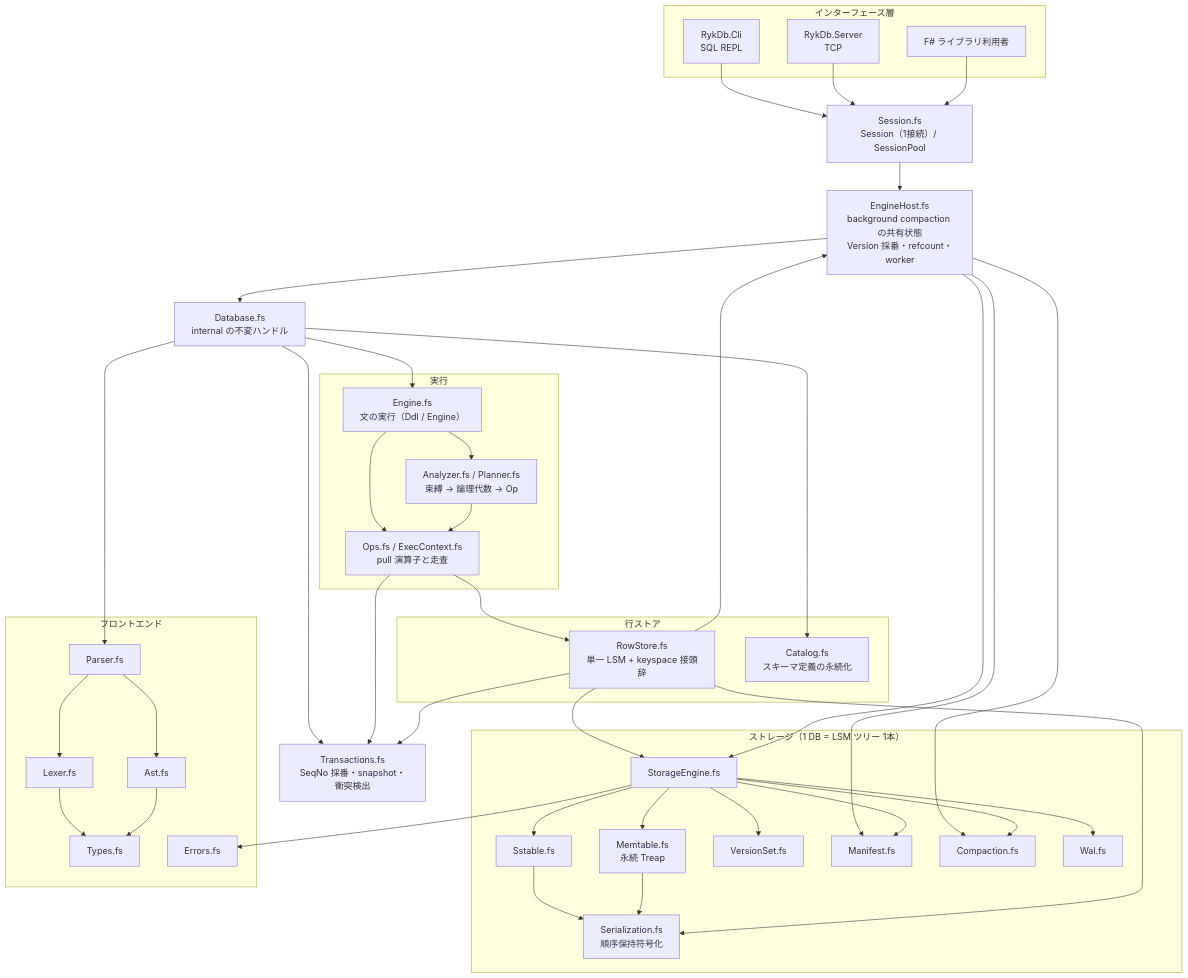
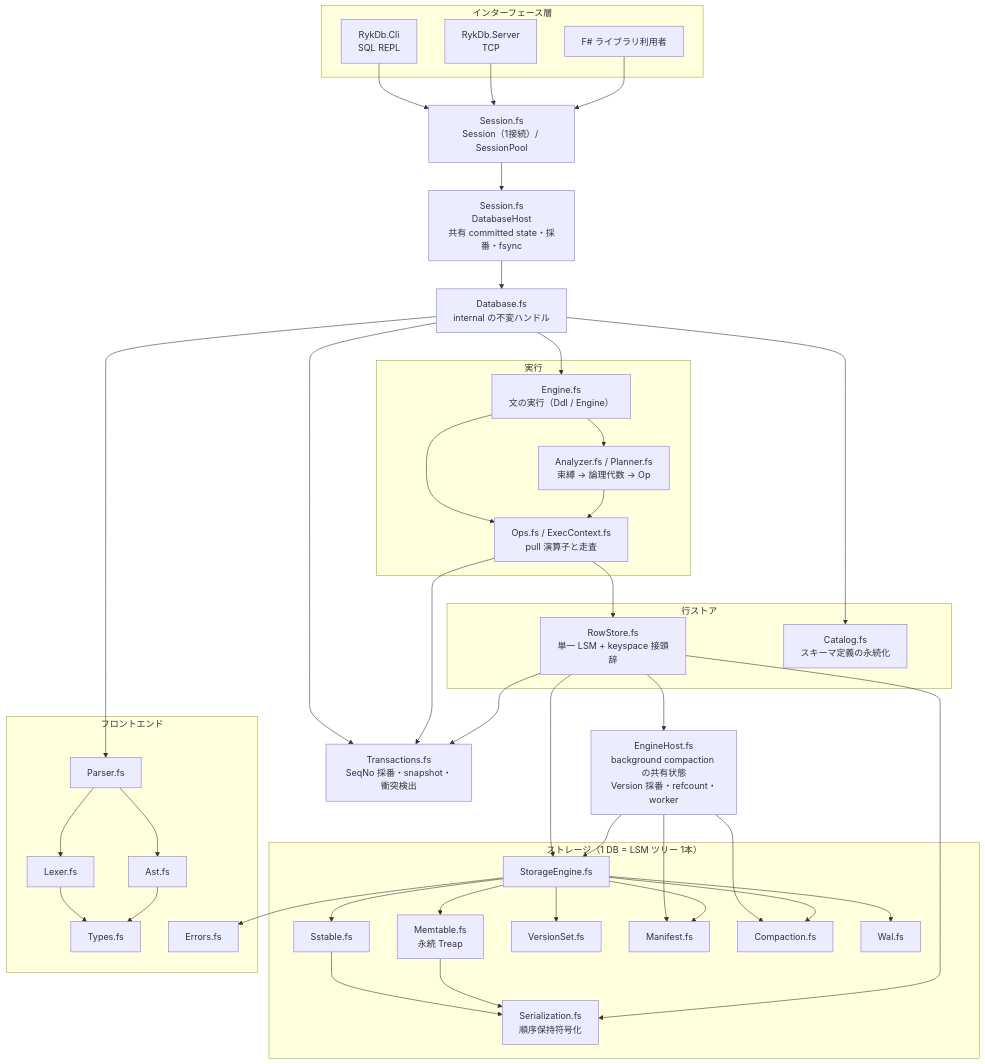
Before and after one commit to nwtks/rykdb: the first of 2 diagrams in docs/architecture.md, drawn with Mermaid. The commit also changed other lines of this file and 21 other files, not shown here.

````diff
--- a/docs/architecture.md
+++ b/docs/architecture.md
@@ -30,81 +30,81 @@
 ```mermaid
 flowchart TB
     subgraph IF["インターフェース層"]
         CLI["RykDb.Cli<br/>SQL REPL"]
         SRV["RykDb.Server<br/>TCP"]
         LIB["F# ライブラリ利用者"]
     end
 
     SESS["Session.fs<br/>Session（1接続）/ SessionPool"]
     HOST["Session.fs<br/>DatabaseHost<br/>共有 committed state・採番・fsync"]
     DB["Database.fs<br/>internal の不変ハンドル"]
     SESS --> HOST
     HOST --> DB
 
     subgraph EX["実行"]
         EN["Engine.fs<br/>文の実行（Ddl / Engine）"]
         PL["Analyzer.fs / Planner.fs<br/>束縛 → 論理代数 → Op"]
         OPS["Ops.fs / ExecContext.fs<br/>pull 演算子と走査"]
     end
 
     subgraph ROW["行ストア"]
         RS["RowStore.fs<br/>単一 LSM + keyspace 接頭辞"]
         CAT["Catalog.fs<br/>スキーマ定義の永続化"]
     end
 
-    HOST["EngineHost.fs<br/>background compaction の共有状態<br/>Version 採番・refcount・worker"]
+    EHOST["EngineHost.fs<br/>background compaction の共有状態<br/>Version 採番・refcount・worker"]
 
     MVCC["Transactions.fs<br/>SeqNo 採番・snapshot・衝突検出"]
 
     subgraph ST["ストレージ（1 DB = LSM ツリー 1本）"]
         SE["StorageEngine.fs"]
         MEM["Memtable.fs<br/>永続 Treap"]
         SST["Sstable.fs"]
         VS["VersionSet.fs"]
         MF["Manifest.fs"]
         CO["Compaction.fs"]
         WAL["Wal.fs"]
         SER["Serialization.fs<br/>順序保持符号化"]
     end
 
     subgraph FE["フロントエンド"]
         P["Parser.fs"]
         L["Lexer.fs"]
         A["Ast.fs"]
         T["Types.fs"]
         E["Errors.fs"]
     end
 
     CLI --> SESS
     SRV --> SESS
     LIB --> SESS
     DB --> EN
     DB --> CAT
     DB --> MVCC
     EN --> PL
     EN --> OPS
     PL --> OPS
     OPS --> RS
     OPS --> MVCC
     RS --> SE
     RS --> MVCC
-    RS --> HOST
-    HOST --> SE
-    HOST --> CO
-    HOST --> MF
+    RS --> EHOST
+    EHOST --> SE
+    EHOST --> CO
+    EHOST --> MF
     SE --> MEM
     SE --> SST
     SE --> VS
     SE --> MF
     SE --> CO
     SE --> WAL
     SST --> SER
     MEM --> SER
     RS --> SER
     DB --> P
     P --> L
     P --> A
     L --> T
     A --> T
     SE --> E
 ```
````
